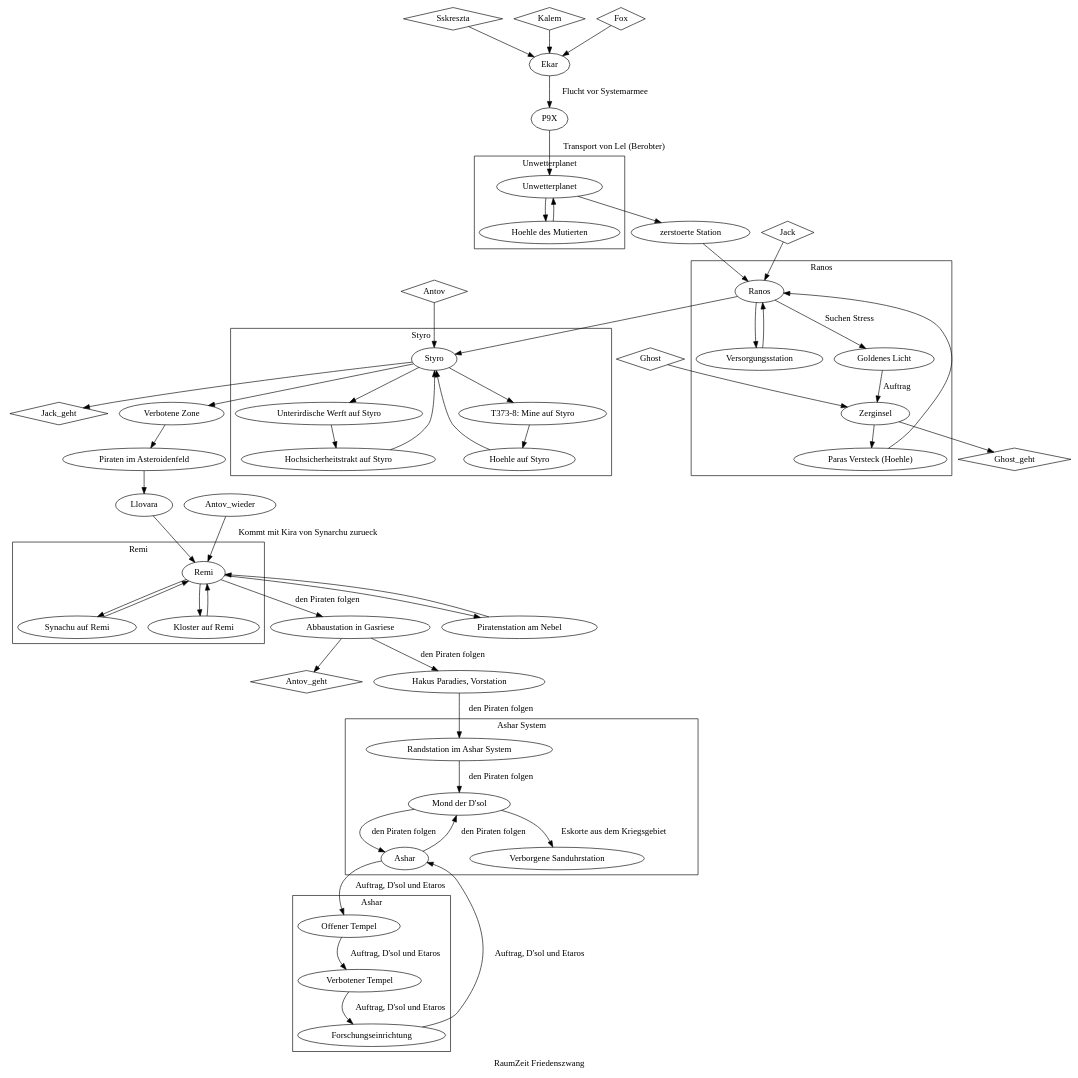
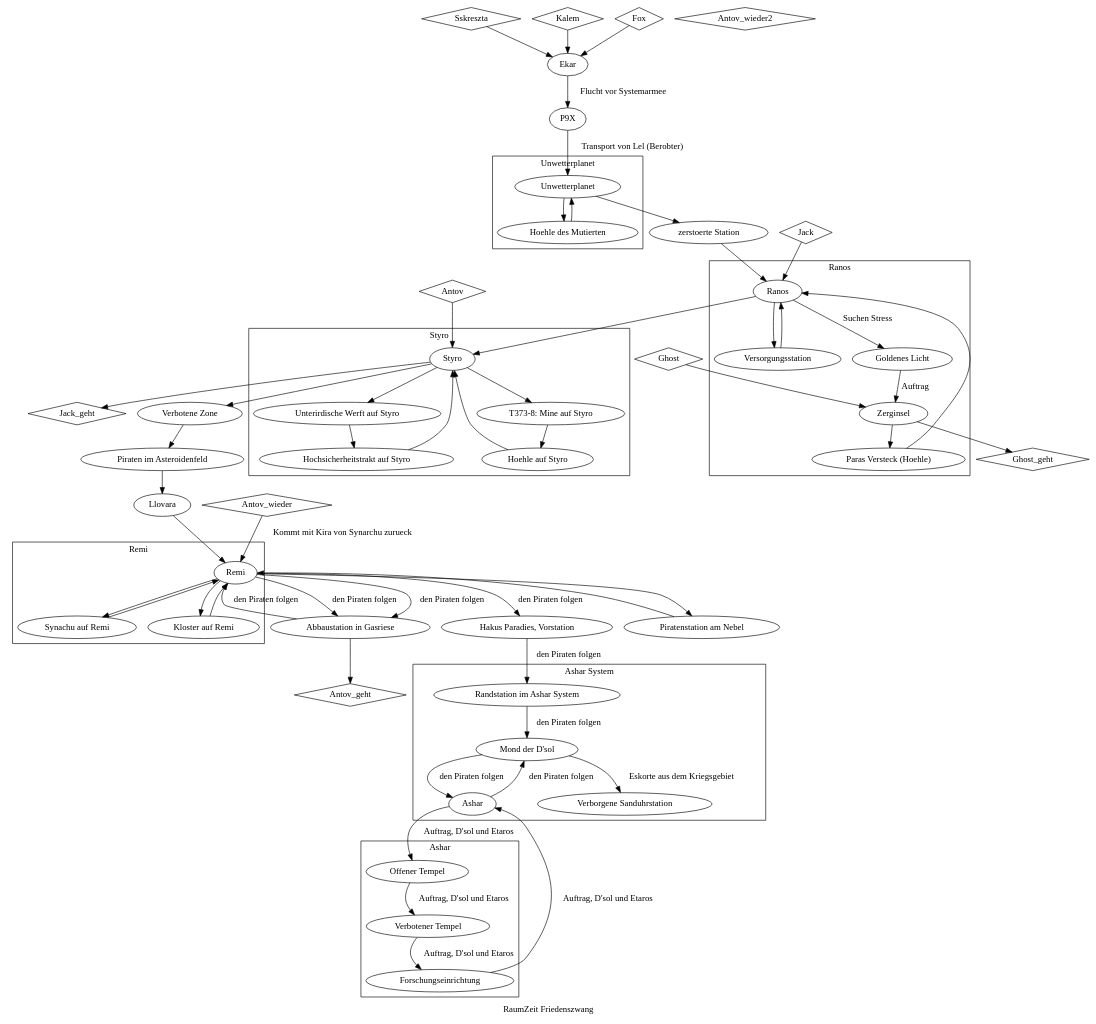
Before and after one commit to vaibhav-gupt/Hg: the diagram in RaumZeit/Charaktere/Sskreszta/stationen_unserer_reise.dot, drawn with Graphviz.

Commit message:
Sskreszta-Log: Stationen unserer Reise: Kleine (hoffentlich richtige) Korrekturen.

```diff
--- a/RaumZeit/Charaktere/Sskreszta/stationen_unserer_reise.dot
+++ b/RaumZeit/Charaktere/Sskreszta/stationen_unserer_reise.dot
@@ -1,84 +1,84 @@
 digraph G {
     name = "RaumZeit Friedenszwang"
     label = "RaumZeit Friedenszwang"
     // Personen
-    node [shape="diamond"] Sskreszta; Kalem; Fox; Jack; Jack_geht; Ghost; Ghost_geht; Antov; Antov_geht
+    node [shape="diamond"] Sskreszta; Kalem; Fox; Jack; Jack_geht; Ghost; Ghost_geht; Antov; Antov_geht; Antov_wieder; Antov_wieder2
     
     node [shape=""]
     // dazugestoßen 
     Sskreszta -> Ekar
     Kalem -> Ekar
     Fox -> Ekar
     Jack -> Ranos
     Ghost -> Zerginsel 
     Antov -> Styro
     
     // verlassen
     Zerginsel -> Ghost_geht
     Styro -> Jack_geht
     "Abbaustation in Gasriese" -> Antov_geht
 
     // wiedergekommen
     edge [label="Kommt mit Kira von Synarchu zurueck"]
     Antov_wieder -> Remi
     
     // Der Weg
     edge [label="Flucht vor Systemarmee"] Ekar -> P9X 
     edge [label="Transport von Lel (Berobter)"] P9X -> Unwetterplanet
     edge [label=""]
     Unwetterplanet -> "zerstoerte Station" -> Ranos -> Styro -> "Verbotene Zone" -> "Piraten im Asteroidenfeld" -> Llovara -> Remi -> "Piratenstation am Nebel" -> Remi
 
-    edge [label="den Piraten folgen"] Remi -> "Abbaustation in Gasriese" 
-    "Abbaustation in Gasriese" -> "Hakus Paradies, Vorstation" -> "Randstation im Ashar System"
+    edge [label="den Piraten folgen"] Remi -> "Abbaustation in Gasriese" -> Remi -> "Abbaustation in Gasriese"
+    Remi -> "Hakus Paradies, Vorstation" -> "Randstation im Ashar System"
 
     // Wie es weitergehen koennte. 
     edge [style="dashed"]
     
     edge [label="" style=""]
     // Beschreibungen
         
         // Ereignisse auf dem Unwetterplaneten
         subgraph cluster0 {
             name = Unwetterplanet
             label = Unwetterplanet
             Unwetterplanet -> "Hoehle des Mutierten" -> Unwetterplanet
         }
         
         // Ereignisse in Ranos
         subgraph cluster1 {
             name = Ranos
             label = Ranos
             edge [label="Suchen Stress"]Ranos -> "Goldenes Licht"
             edge [label="Auftrag"] "Goldenes Licht" -> Zerginsel
             edge [label=""] Zerginsel -> "Paras Versteck (Hoehle)" -> Ranos -> Versorgungsstation -> Ranos
         }
         
         // Ereignisse in Styro
         subgraph cluster2 {
             name = Styro
             label = Styro
             Styro -> "T373-8: Mine auf Styro" ->  "Hoehle auf Styro" -> Styro -> "Unterirdische Werft auf Styro" -> "Hochsicherheitstrakt auf Styro" -> Styro 
         }
         
         // Ereignisse auf Remi
         subgraph cluster3 { 
             name = Remi
             label = Remi
             Remi -> "Synachu auf Remi" -> Remi -> "Kloster auf Remi" -> Remi
         }
 
         // Ereignisse bei Ashar
         subgraph cluster4 { 
             name = "Ashar System"
             label = "Ashar System"
             edge [label="den Piraten folgen"] "Randstation im Ashar System" -> "Mond der D'sol" -> "Ashar" -> "Mond der D'sol"
             edge [label="Eskorte aus dem Kriegsgebiet"] "Mond der D'sol" -> "Verborgene Sanduhrstation"
         }
 
         // Ereignisse auf Ashar
         subgraph cluster5 { 
             name = "Ashar"
             label = "Ashar"
             edge [label="Auftrag, D'sol und Etaros"] Ashar -> "Offener Tempel" -> "Verbotener Tempel" -> Forschungseinrichtung -> Ashar
         }
 }
```
